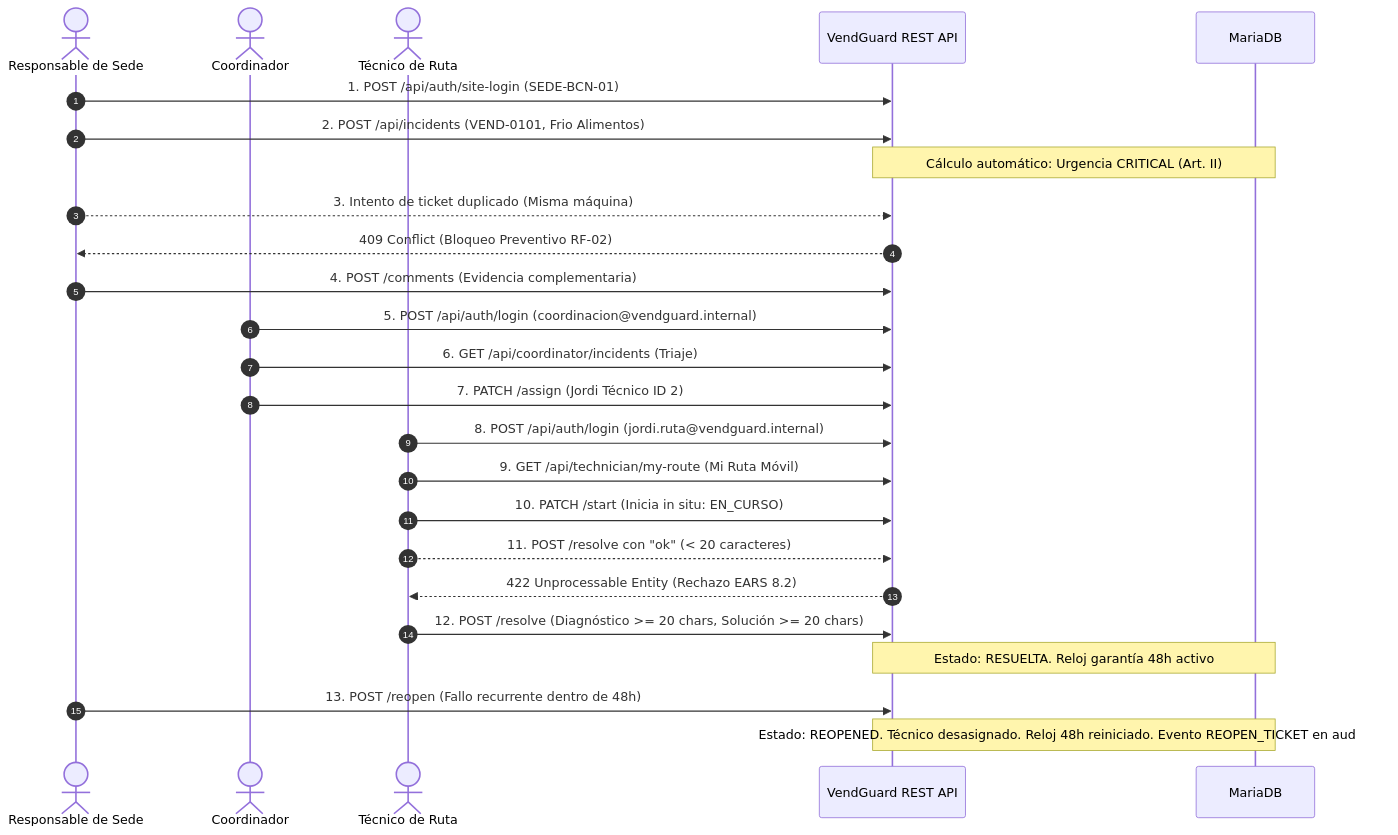
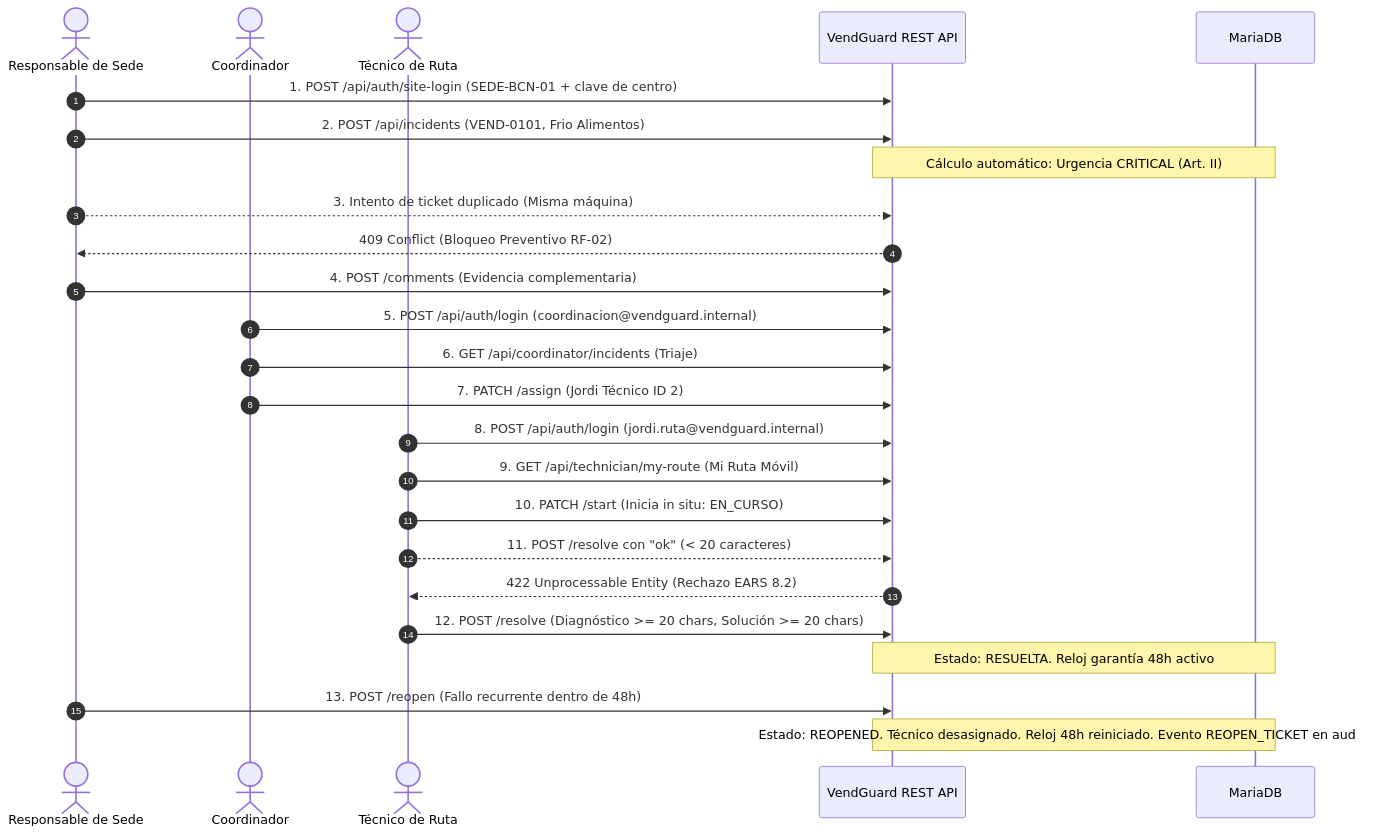
Before and after one commit to Rugsoft/VendGuard: the diagram in docs/manual_e2e_verification.md, drawn with Mermaid. The commit also changed other lines of this file and 12 other files, not shown here.

````diff
--- a/docs/manual_e2e_verification.md
+++ b/docs/manual_e2e_verification.md
@@ -13,28 +13,28 @@
 ```mermaid
 sequenceDiagram
     autonumber
     actor Resp as Responsable de Sede
     actor Coord as Coordinador
     actor Tech as Técnico de Ruta
     participant API as VendGuard REST API
     participant DB as MariaDB
 
-    Resp->>API: 1. POST /api/auth/site-login (SEDE-BCN-01)
+    Resp->>API: 1. POST /api/auth/site-login (SEDE-BCN-01 + clave de centro)
     Resp->>API: 2. POST /api/incidents (VEND-0101, Frio Alimentos)
     Note over API,DB: Cálculo automático: Urgencia CRITICAL (Art. II)
     Resp-->>API: 3. Intento de ticket duplicado (Misma máquina)
     API-->>Resp: 409 Conflict (Bloqueo Preventivo RF-02)
     Resp->>API: 4. POST /comments (Evidencia complementaria)
     Coord->>API: 5. POST /api/auth/login (coordinacion@vendguard.internal)
     Coord->>API: 6. GET /api/coordinator/incidents (Triaje)
     Coord->>API: 7. PATCH /assign (Jordi Técnico ID 2)
     Tech->>API: 8. POST /api/auth/login (jordi.ruta@vendguard.internal)
     Tech->>API: 9. GET /api/technician/my-route (Mi Ruta Móvil)
     Tech->>API: 10. PATCH /start (Inicia in situ: EN_CURSO)
     Tech-->>API: 11. POST /resolve con "ok" (< 20 caracteres)
     API-->>Tech: 422 Unprocessable Entity (Rechazo EARS 8.2)
     Tech->>API: 12. POST /resolve (Diagnóstico >= 20 chars, Solución >= 20 chars)
     Note over API,DB: Estado: RESUELTA. Reloj garantía 48h activo
     Resp->>API: 13. POST /reopen (Fallo recurrente dentro de 48h)
     Note over API,DB: Estado: REOPENED. Técnico desasignado. Reloj 48h reiniciado. Evento REOPEN_TICKET en audit_log
 ```
````
